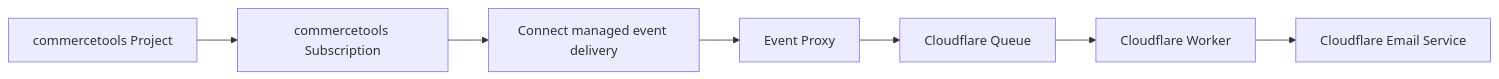
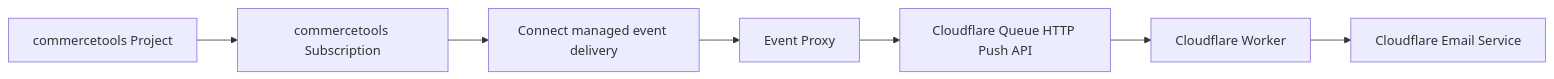
The diagram in docs/plans/cloudflare-email-worker.md (wykwit-tylko/email-events-commercetools-connect), drawn with Mermaid before and after one commit. The commit also changed other lines of this file and 19 other files, not shown here.

````diff
--- a/docs/plans/cloudflare-email-worker.md
+++ b/docs/plans/cloudflare-email-worker.md
@@ -9,9 +9,9 @@
 ```mermaid
 flowchart LR
   CT[commercetools Project] --> SUB[commercetools Subscription]
   SUB --> CONNECT[Connect managed event delivery]
   CONNECT --> PROXY[Event Proxy]
-  PROXY --> QUEUE[Cloudflare Queue]
+  PROXY --> QUEUE[Cloudflare Queue HTTP Push API]
   QUEUE --> WORKER[Cloudflare Worker]
   WORKER --> EMAIL[Cloudflare Email Service]
 ```
````
